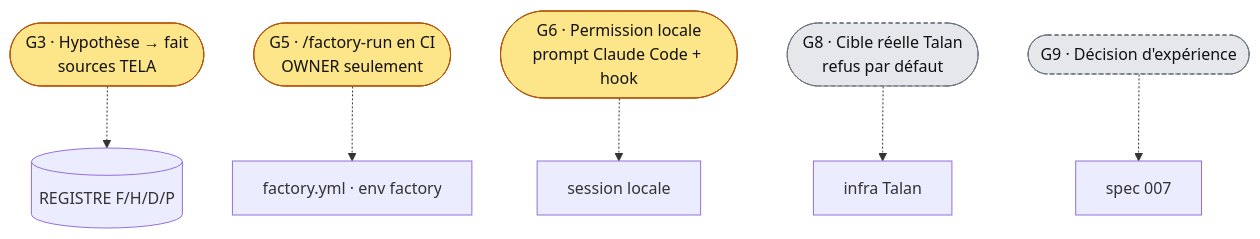
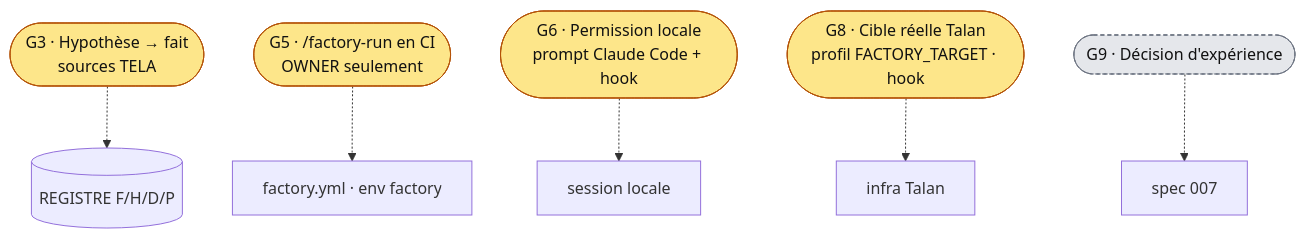
Before and after one commit to m4tth1euNa0p1c/agentic-factory-erc20: the second of 2 diagrams in docs/wiki/Validations-humaines.md, drawn with Mermaid. The commit also changed other lines of this file and 31 other files, not shown here.

````diff
--- a/docs/wiki/Validations-humaines.md
+++ b/docs/wiki/Validations-humaines.md
@@ -40,12 +40,12 @@
 ```mermaid
 flowchart TB
   G3(["G3 · Hypothèse → fait<br/>sources TELA"]) -.-> REG[("REGISTRE F/H/D/P")]
   G5(["G5 · /factory-run en CI<br/>OWNER seulement"]) -.-> CI[factory.yml · env factory]
   G6(["G6 · Permission locale<br/>prompt Claude Code + hook"]) -.-> LOCAL[session locale]
-  G8(["G8 · Cible réelle Talan<br/>refus par défaut"]) -.-> TALAN[infra Talan]
+  G8(["G8 · Cible réelle Talan<br/>profil FACTORY_TARGET · hook"]) -.-> TALAN[infra Talan]
   G9(["G9 · Décision d'expérience"]) -.-> EXP[spec 007]
   classDef human fill:#fde68a,stroke:#b45309,color:#111
   classDef planned fill:#e5e7eb,stroke:#6b7280,stroke-dasharray:4 3,color:#111
-  class G3,G5,G6 human
-  class G8,G9 planned
+  class G3,G5,G6,G8 human
+  class G9 planned
 ```
````
